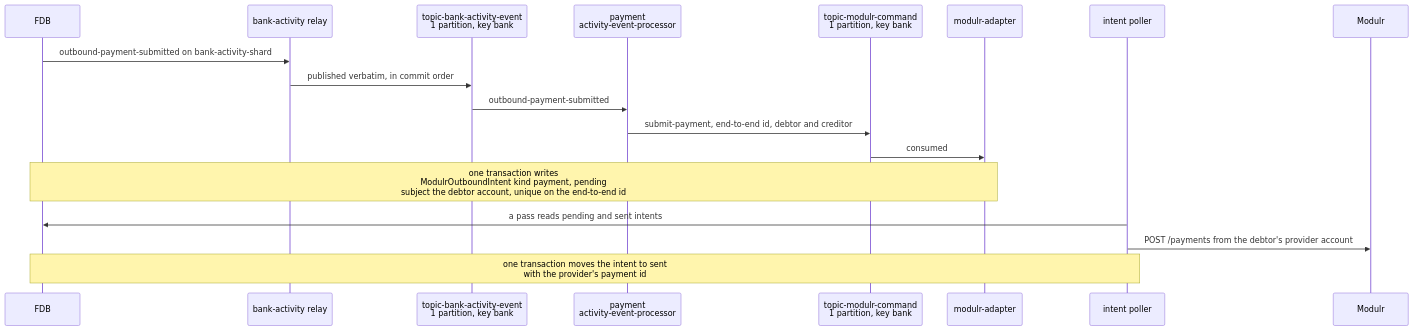
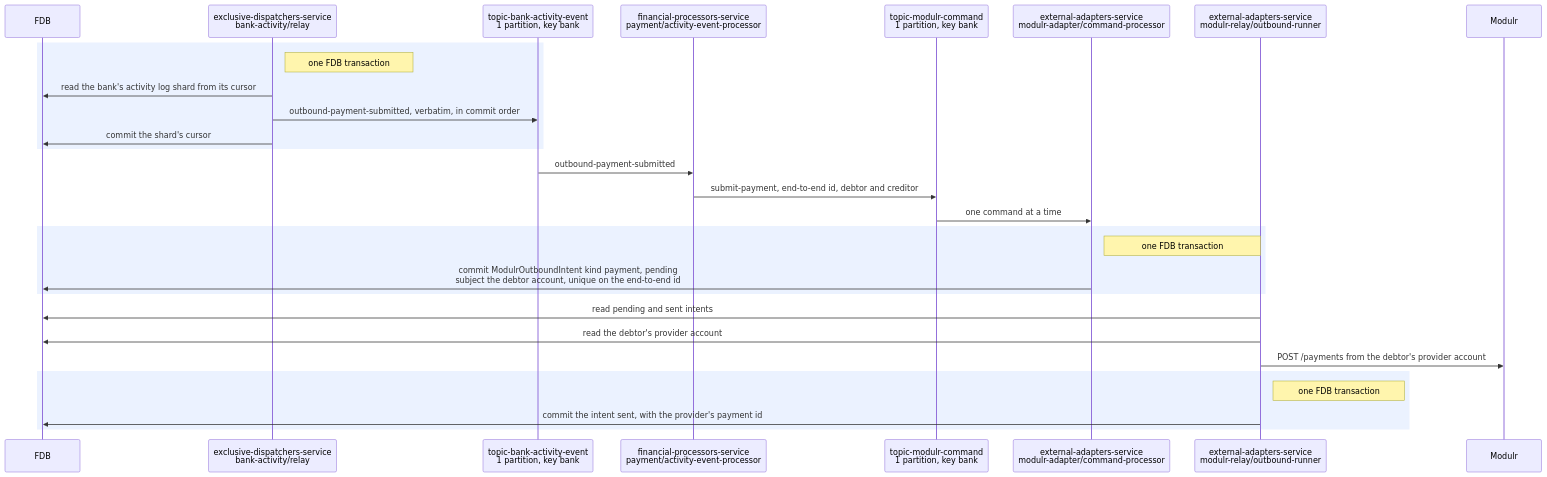
Before and after one commit to repldriven/queenswood: the third of 7 diagrams in docs/tdd/payments-outbound.md, drawn with Mermaid. The commit also changed other lines of this file, not shown here.

First line of the commit message:
Draw each FDB transaction as a commit to it, and name every participant as it is in the code

````diff
--- a/docs/tdd/payments-outbound.md
+++ b/docs/tdd/payments-outbound.md
@@ -104,20 +118,31 @@
 ```mermaid
 sequenceDiagram
     participant DB as FDB
-    participant AR as bank-activity relay
+    participant AR as exclusive-dispatchers-service<br/>bank-activity/relay
     participant AE as topic-bank-activity-event<br/>1 partition, key bank
-    participant AP as payment<br/>activity-event-processor
+    participant AP as financial-processors-service<br/>payment/activity-event-processor
     participant MC as topic-modulr-command<br/>1 partition, key bank
-    participant AD as modulr-adapter
-    participant IP as intent poller
+    participant AD as external-adapters-service<br/>modulr-adapter/command-processor
+    participant IP as external-adapters-service<br/>modulr-relay/outbound-runner
     participant PR as Modulr
-    DB->>AR: outbound-payment-submitted on bank-activity-shard
-    AR->>AE: published verbatim, in commit order
+    rect rgb(235, 242, 255)
+    Note right of AR: one FDB transaction
+    AR->>DB: read the bank's activity log shard from its cursor
+    AR->>AE: outbound-payment-submitted, verbatim, in commit order
+    AR->>DB: commit the shard's cursor
+    end
     AE->>AP: outbound-payment-submitted
     AP->>MC: submit-payment, end-to-end id, debtor and creditor
-    MC->>AD: consumed
-    Note over AD,DB: one transaction writes<br/>ModulrOutboundIntent kind payment, pending<br/>subject the debtor account, unique on the end-to-end id
-    IP->>DB: a pass reads pending and sent intents
+    MC->>AD: one command at a time
+    rect rgb(235, 242, 255)
+    Note right of AD: one FDB transaction
+    AD->>DB: commit ModulrOutboundIntent kind payment, pending<br/>subject the debtor account, unique on the end-to-end id
+    end
+    IP->>DB: read pending and sent intents
+    IP->>DB: read the debtor's provider account
     IP->>PR: POST /payments from the debtor's provider account
-    Note over IP,DB: one transaction moves the intent to sent<br/>with the provider's payment id
+    rect rgb(235, 242, 255)
+    Note right of IP: one FDB transaction
+    IP->>DB: commit the intent sent, with the provider's payment id
+    end
 ```
````
